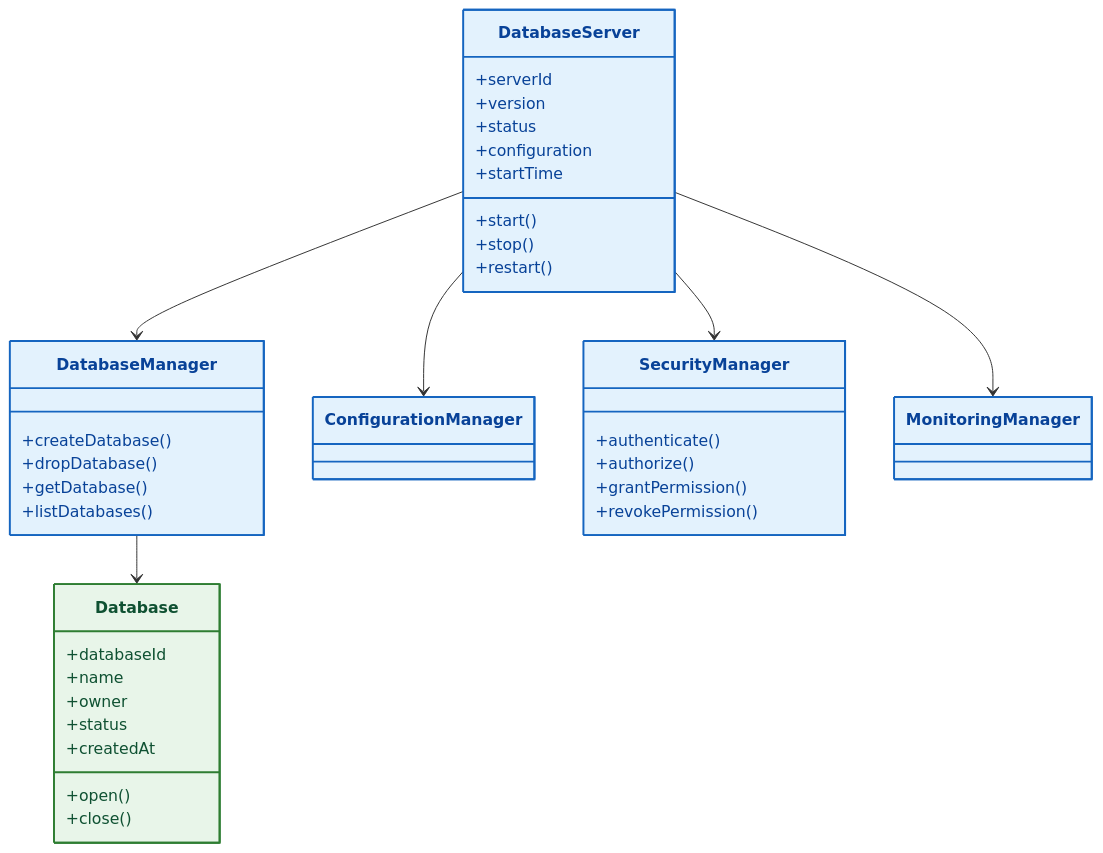
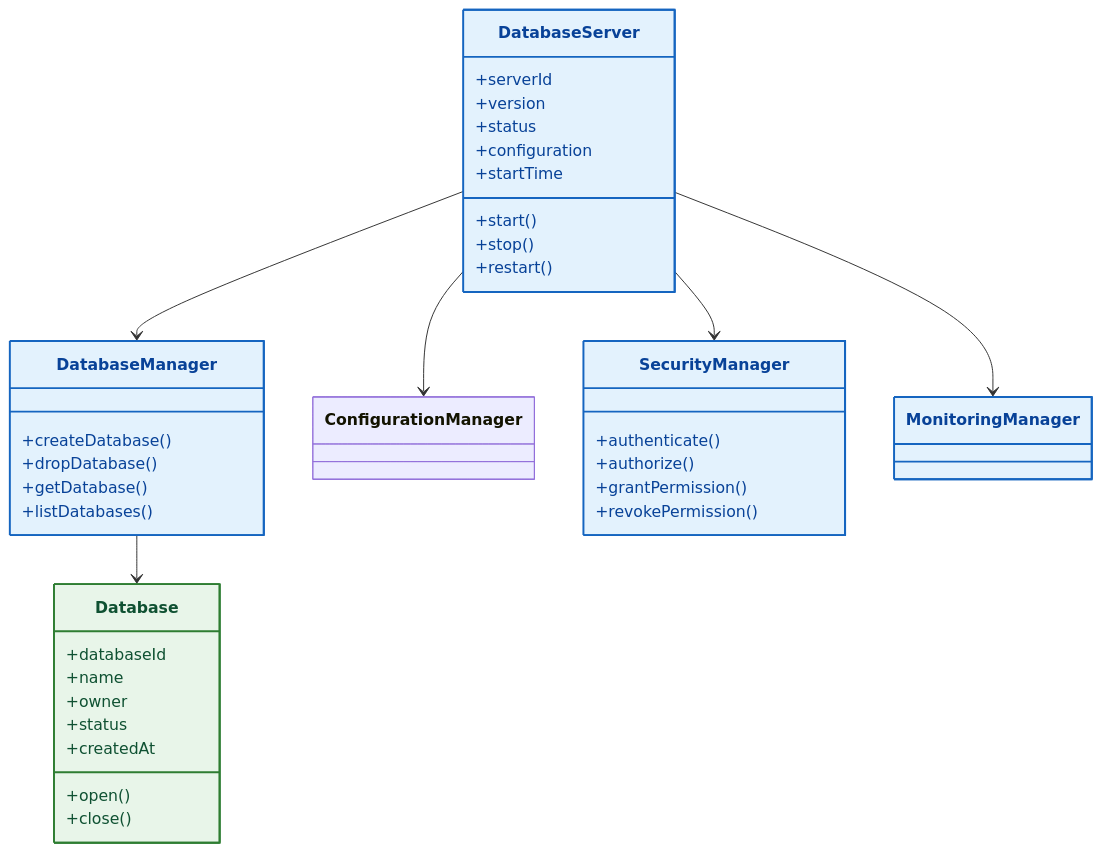
One commit to Huy1801214/dbms-architecture changed the third of 20 diagrams in docs/README.md. Above: the diagram before and after it, drawn with Mermaid. The commit also changed other lines of this file and 68 other files, not shown here.

Commit message:
implement comprehensive unit test suite and architectural sequence documentation

````diff
--- a/docs/README.md
+++ b/docs/README.md
@@ -474,62 +474,62 @@
 ```mermaid
 classDiagram
 direction TB
 
 class DatabaseServer{
     +serverId
     +version
     +status
     +configuration
     +startTime
 
     +start()
     +stop()
     +restart()
 }
 
 class DatabaseManager{
     +createDatabase()
     +dropDatabase()
     +getDatabase()
     +listDatabases()
 }
 
 class ConfigurationManager
 
 class SecurityManager{
     +authenticate()
     +authorize()
     +grantPermission()
     +revokePermission()
 }
 
 class MonitoringManager
 
 class Database{
     +databaseId
     +name
     +owner
     +status
     +createdAt
 
     +open()
     +close()
 }
 
 DatabaseServer --> DatabaseManager
 DatabaseServer --> ConfigurationManager
 DatabaseServer --> SecurityManager
 DatabaseServer --> MonitoringManager
 
 DatabaseManager --> Database
 
 %% =====================================================
 %% STYLING DEFINITIONS
 %% =====================================================
 style DatabaseServer fill:#e3f2fd,stroke:#1565c0,stroke-width:2px,color:#084298
 style DatabaseManager fill:#e3f2fd,stroke:#1565c0,stroke-width:2px,color:#084298
-style ConfigurationManager fill:#e3f2fd,stroke:#1565c0,stroke-width:2px,color:#084298
+style ConfigurationRepository fill:#e3f2fd,stroke:#1565c0,stroke-width:2px,color:#084298
 style SecurityManager fill:#e3f2fd,stroke:#1565c0,stroke-width:2px,color:#084298
 style MonitoringManager fill:#e3f2fd,stroke:#1565c0,stroke-width:2px,color:#084298
 style Database fill:#e8f5e9,stroke:#2e7d32,stroke-width:2px,color:#0f5132
 ```
````
